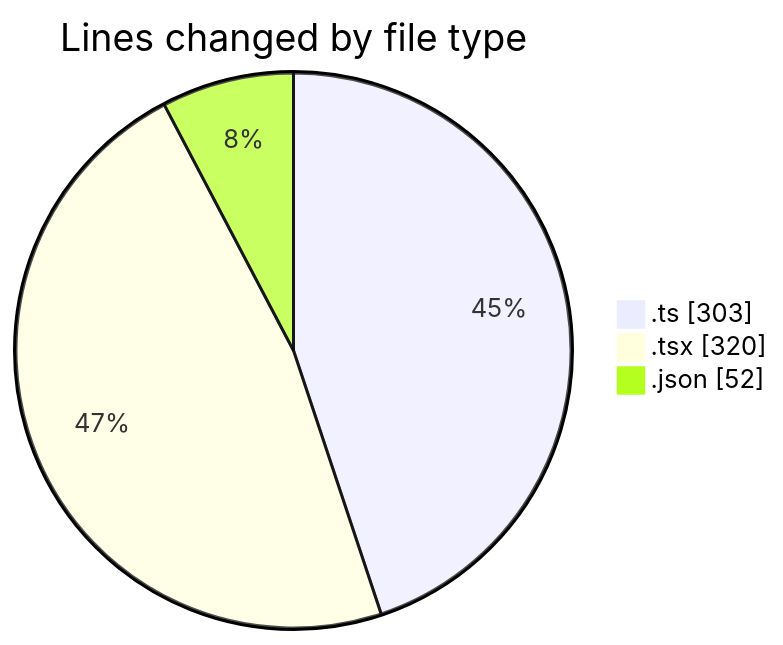
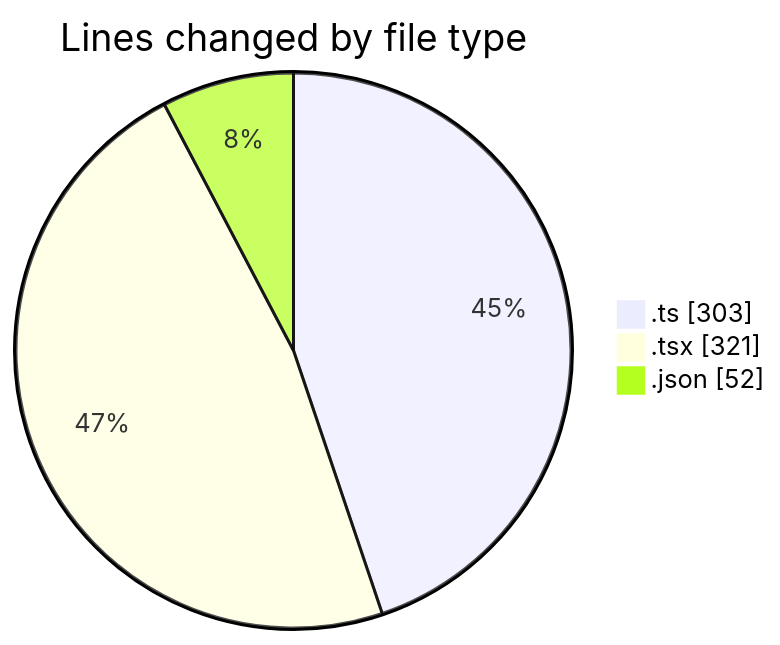
Before and after one commit to julien-gomy/code-tracking: the first of 2 diagrams in 2025-11-24/eventscop-frontend-guide__workspace_/README.md, drawn with Mermaid. The commit also changed other lines of this file and 1 other file, not shown here.

````diff
--- a/2025-11-24/eventscop-frontend-guide__workspace_/README.md
+++ b/2025-11-24/eventscop-frontend-guide__workspace_/README.md
@@ -31,7 +31,7 @@
 ```mermaid
 pie showData
 title Lines changed by file type
 ".ts" : 303
-".tsx" : 320
+".tsx" : 321
 ".json" : 52
 ```
````
